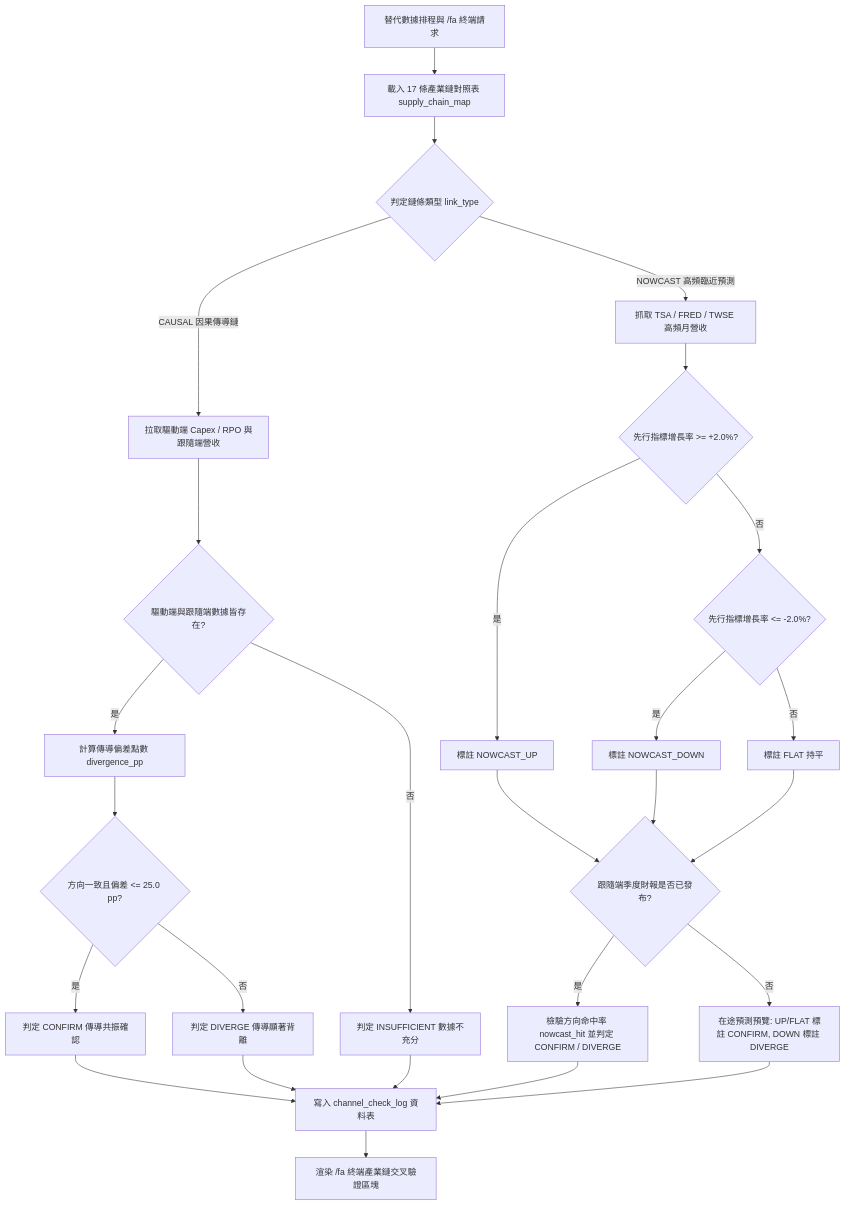
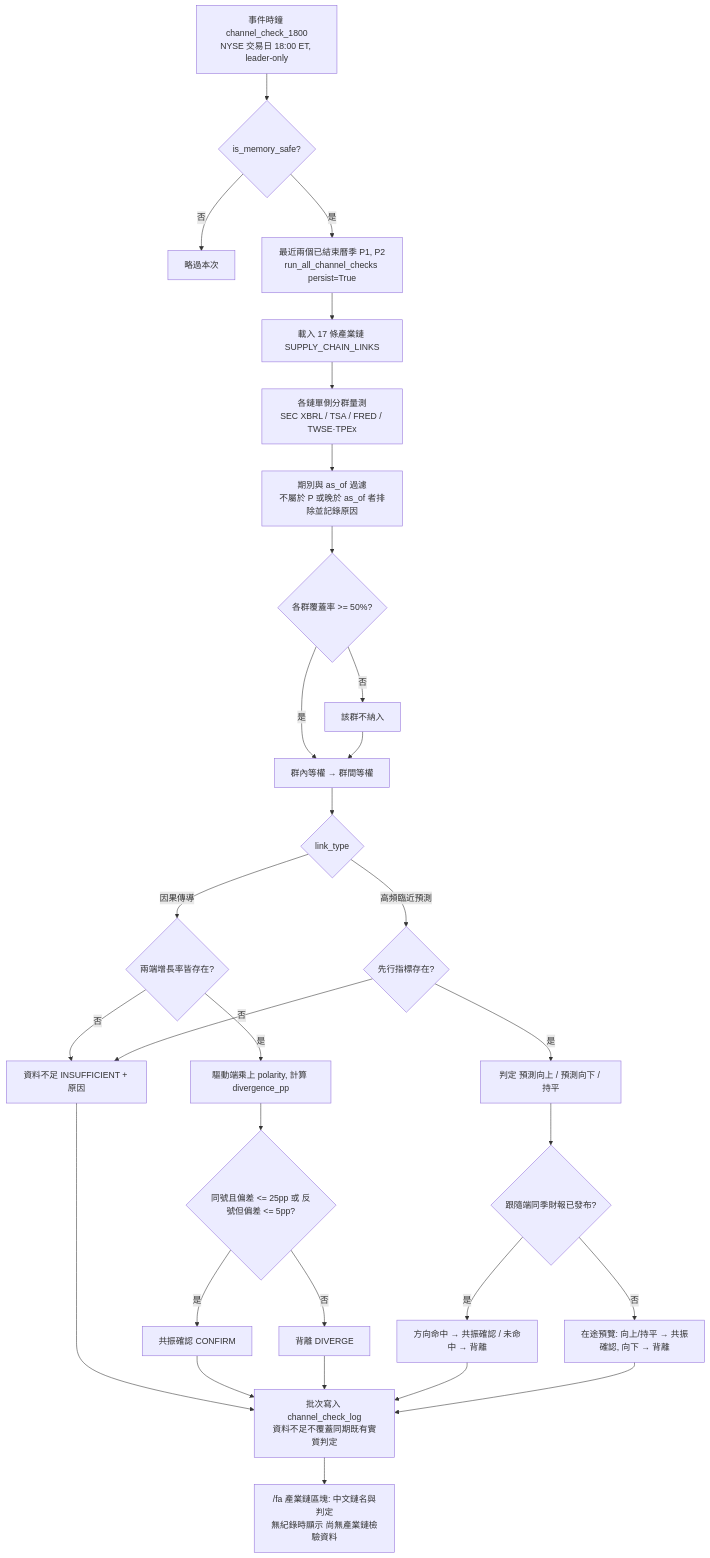
The diagram in docs/macro_sentiment/07_alt_data_and_channel_checks.md (cosmo-chang-1701/nexus-seeker), drawn with Mermaid before and after one commit. The commit also changed other lines of this file and 33 other files, not shown here.

````diff
--- a/docs/macro_sentiment/07_alt_data_and_channel_checks.md
+++ b/docs/macro_sentiment/07_alt_data_and_channel_checks.md
@@ -86,32 +112,35 @@
 ```mermaid
 flowchart TD
-    A[替代數據排程與 /fa 終端請求] --> B[載入 17 條產業鏈對照表 supply_chain_map]
-    B --> C{判定鏈條類型 link_type}
+    A[事件時鐘 channel_check_1800<br/>NYSE 交易日 18:00 ET, leader-only] --> A1{is_memory_safe?}
+    A1 -- 否 --> Z[略過本次]
+    A1 -- 是 --> B[最近兩個已結束曆季 P1, P2<br/>run_all_channel_checks persist=True]
+    B --> C[載入 17 條產業鏈 SUPPLY_CHAIN_LINKS]
+    C --> D[各鏈單側分群量測<br/>SEC XBRL / TSA / FRED / TWSE·TPEx]
+    D --> D1[期別與 as_of 過濾<br/>不屬於 P 或晚於 as_of 者排除並記錄原因]
+    D1 --> D2{各群覆蓋率 >= 50%?}
+    D2 -- 否 --> F[該群不納入]
+    D2 -- 是 --> G[群內等權 → 群間等權]
+    F --> G
+    G --> H{link_type}
 
-    C -- CAUSAL 因果傳導鏈 --> D[拉取驅動端 Capex / RPO 與跟隨端營收]
-    D --> E{驅動端與跟隨端數據皆存在?}
-    E -- 否 --> F[判定 INSUFFICIENT 數據不充分]
-    E -- 是 --> G[計算傳導偏差點數 divergence_pp]
-    G --> H{方向一致且偏差 <= 25.0 pp?}
-    H -- 是 --> I[判定 CONFIRM 傳導共振確認]
-    H -- 否 --> J[判定 DIVERGE 傳導顯著背離]
+    H -- 因果傳導 --> I{兩端增長率皆存在?}
+    I -- 否 --> J[資料不足 INSUFFICIENT + 原因]
+    I -- 是 --> K[驅動端乘上 polarity, 計算 divergence_pp]
+    K --> L{同號且偏差 <= 25pp 或 反號但偏差 <= 5pp?}
+    L -- 是 --> M[共振確認 CONFIRM]
+    L -- 否 --> N[背離 DIVERGE]
 
-    C -- NOWCAST 高頻臨近預測 --> K[抓取 TSA / FRED / TWSE 高頻月營收]
-    K --> L{先行指標增長率 >= +2.0%?}
-    L -- 是 --> M[標註 NOWCAST_UP]
-    L -- 否 --> N{先行指標增長率 <= -2.0%?}
-    N -- 是 --> O[標註 NOWCAST_DOWN]
-    N -- 否 --> P[標註 FLAT 持平]
-    M --> Q{跟隨端季度財報是否已發布?}
-    O --> Q
-    P --> Q
-    Q -- 是 --> R[檢驗方向命中率 nowcast_hit 並判定 CONFIRM / DIVERGE]
-    Q -- 否 --> S[在途預測預覽: UP/FLAT 標註 CONFIRM, DOWN 標註 DIVERGE]
+    H -- 高頻臨近預測 --> O{先行指標存在?}
+    O -- 否 --> J
+    O -- 是 --> P[判定 預測向上 / 預測向下 / 持平]
+    P --> Q{跟隨端同季財報已發布?}
+    Q -- 是 --> R[方向命中 → 共振確認 / 未命中 → 背離]
+    Q -- 否 --> S[在途預覽: 向上/持平 → 共振確認, 向下 → 背離]
 
-    I --> T[寫入 channel_check_log 資料表]
-    J --> T
-    F --> T
+    J --> T[批次寫入 channel_check_log<br/>資料不足不覆蓋同期既有實質判定]
+    M --> T
+    N --> T
     R --> T
     S --> T
-    T --> U[渲染 /fa 終端產業鏈交叉驗證區塊]
+    T --> U["/fa 產業鏈區塊: 中文鏈名與判定<br/>無紀錄時顯示 尚無產業鏈檢驗資料"]
 ```
````
